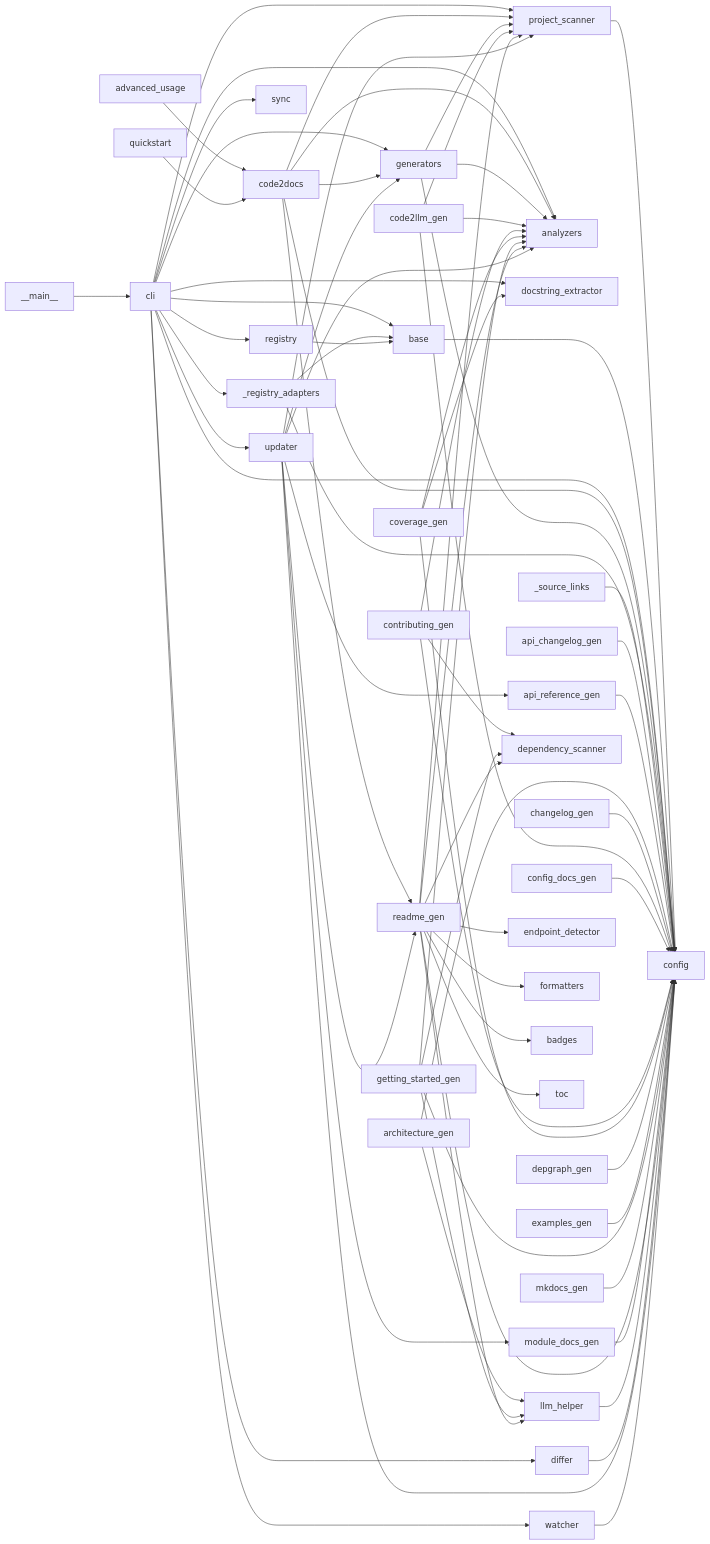
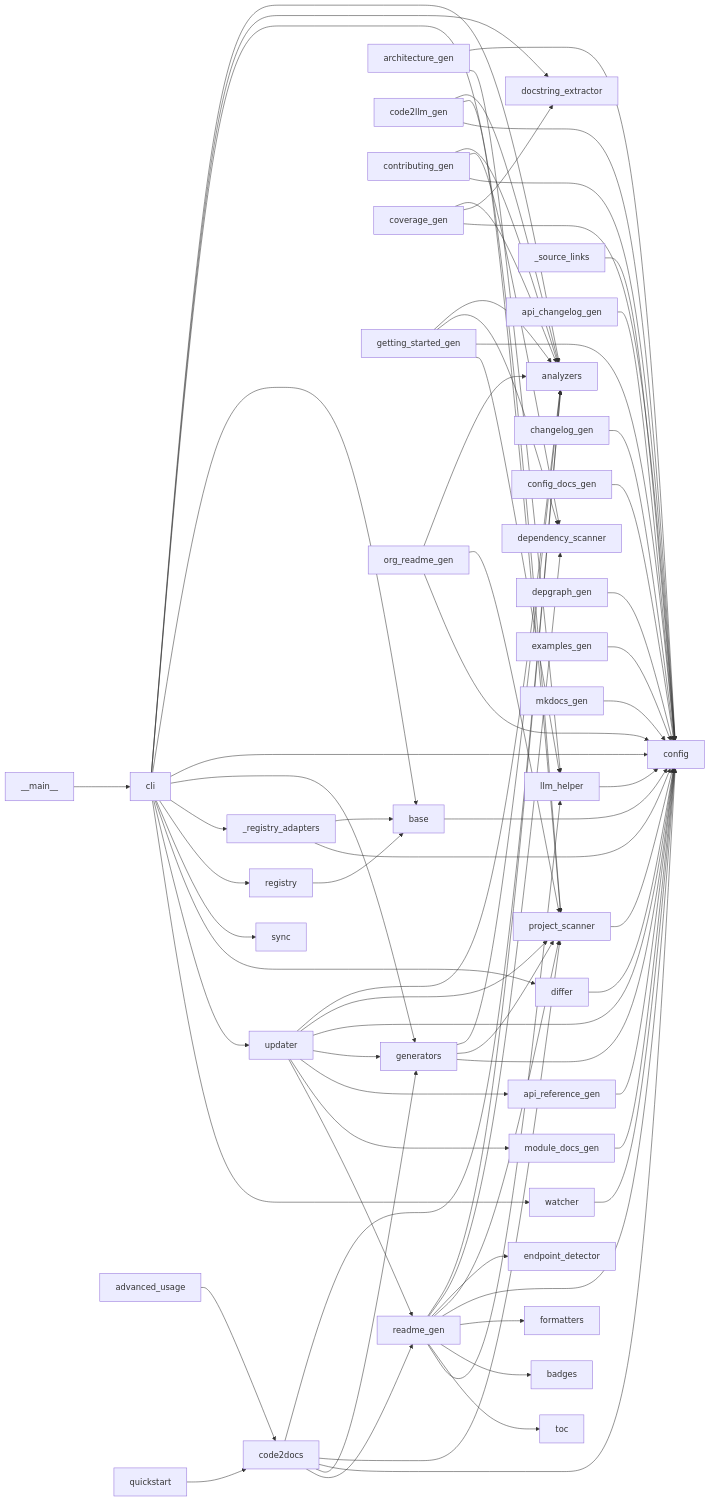
The diagram in docs/dependency-graph.md (wronai/code2docs), drawn with Mermaid before and after one commit. The commit also changed other lines of this file and 49 other files, not shown here.

````diff
--- a/docs/dependency-graph.md
+++ b/docs/dependency-graph.md
@@ -7,74 +7,77 @@
 ```mermaid
 graph LR
     __main__ --> cli
     project_scanner --> config
     base --> config
     cli --> analyzers
     cli --> docstring_extractor
     cli --> project_scanner
     cli --> base
     cli --> config
     cli --> generators
     cli --> _registry_adapters
     cli --> registry
     cli --> sync
     cli --> differ
     cli --> updater
     cli --> watcher
     code2docs --> analyzers
     code2docs --> project_scanner
     code2docs --> config
     code2docs --> generators
     code2docs --> readme_gen
     advanced_usage --> code2docs
     quickstart --> code2docs
     generators --> analyzers
     generators --> project_scanner
     generators --> config
     _registry_adapters --> base
     _registry_adapters --> config
     _source_links --> config
     api_changelog_gen --> config
     api_reference_gen --> config
     architecture_gen --> config
     architecture_gen --> llm_helper
     changelog_gen --> config
     code2llm_gen --> analyzers
     code2llm_gen --> project_scanner
     code2llm_gen --> config
     config_docs_gen --> config
     contributing_gen --> analyzers
     contributing_gen --> dependency_scanner
     contributing_gen --> config
     coverage_gen --> analyzers
     coverage_gen --> docstring_extractor
     coverage_gen --> config
     depgraph_gen --> config
     examples_gen --> config
     getting_started_gen --> analyzers
     getting_started_gen --> dependency_scanner
     getting_started_gen --> config
     getting_started_gen --> llm_helper
     mkdocs_gen --> config
     module_docs_gen --> config
+    org_readme_gen --> analyzers
+    org_readme_gen --> project_scanner
+    org_readme_gen --> config
     readme_gen --> analyzers
     readme_gen --> dependency_scanner
     readme_gen --> endpoint_detector
     readme_gen --> project_scanner
     readme_gen --> config
     readme_gen --> formatters
     readme_gen --> badges
     readme_gen --> toc
     readme_gen --> llm_helper
     llm_helper --> config
     registry --> base
     differ --> config
     updater --> analyzers
     updater --> project_scanner
     updater --> config
     updater --> generators
     updater --> api_reference_gen
     updater --> module_docs_gen
     updater --> readme_gen
     watcher --> config
 ```
````
